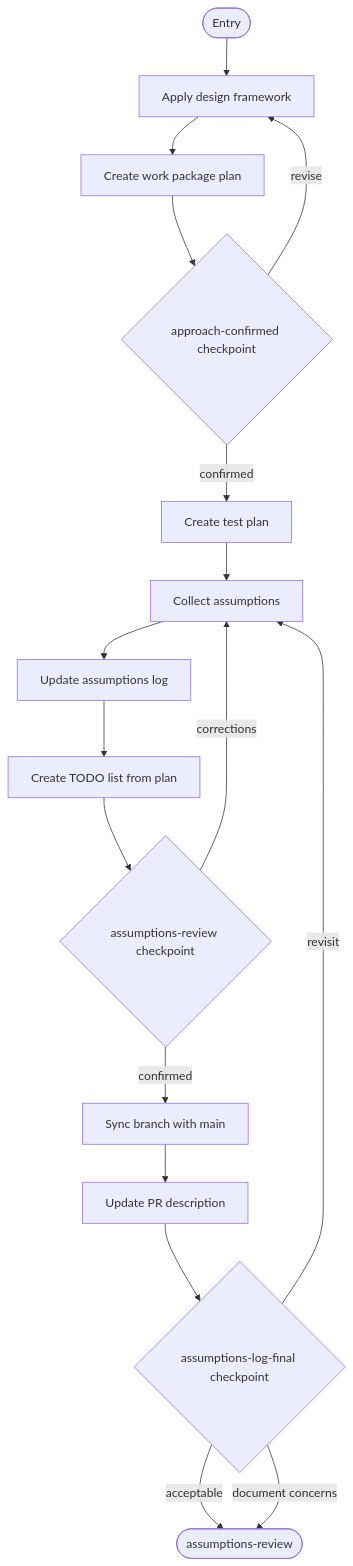
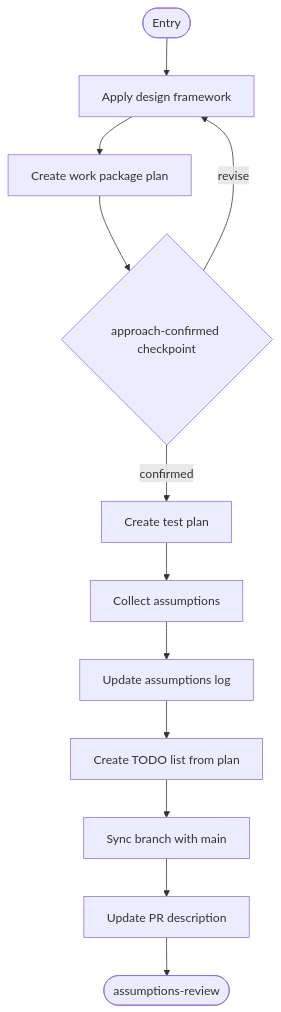
Before and after one commit to m2ux/workflow-server: the seventh of 14 diagrams in work-package/activities/README.md, drawn with Mermaid. The commit also changed other lines of this file and 34 other files, not shown here.

````diff
--- a/work-package/activities/README.md
+++ b/work-package/activities/README.md
@@ -437,22 +437,16 @@
 ```mermaid
 graph TD
     entryNode(["Entry"]) --> applyDesign["Apply design framework"]
     applyDesign --> createPlan["Create work package plan"]
     createPlan --> cpApproach{"approach-confirmed checkpoint"}
     cpApproach -->|"confirmed"| createTestPlan["Create test plan"]
     cpApproach -->|"revise"| applyDesign
 
     createTestPlan --> collectAssumptions["Collect assumptions"]
     collectAssumptions --> updateLog["Update assumptions log"]
     updateLog --> createTodos["Create TODO list from plan"]
-    createTodos --> cpAssumptions{"assumptions-review checkpoint"}
-    cpAssumptions -->|"confirmed"| syncBranch["Sync branch with main"]
-    cpAssumptions -->|"corrections"| collectAssumptions
+    createTodos --> syncBranch["Sync branch with main"]
 
     syncBranch --> updatePR["Update PR description"]
-    updatePR --> cpFinal{"assumptions-log-final checkpoint"}
-
-    cpFinal -->|"acceptable"| exitNode(["assumptions-review"])
-    cpFinal -->|"revisit"| collectAssumptions
-    cpFinal -->|"document concerns"| exitNode
+    updatePR --> exitNode(["assumptions-review"])
 ```
````
